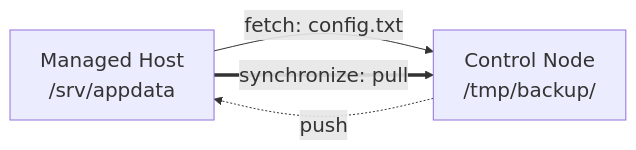
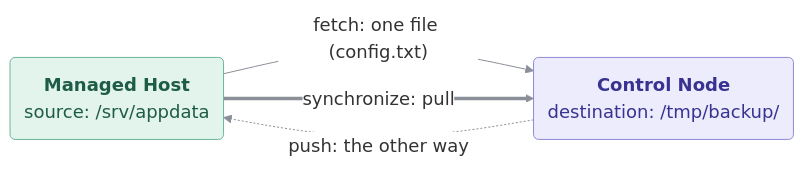
Before and after one commit to csurgay/ansible: the diagram in lessons/14_LinuxAdminLabs/07-backup/README.md, drawn with Mermaid. The commit also changed 8 other files, not shown here.

````diff
--- a/lessons/14_LinuxAdminLabs/07-backup/README.md
+++ b/lessons/14_LinuxAdminLabs/07-backup/README.md
@@ -11,9 +11,16 @@
 ```mermaid
-%%{init: {"themeVariables": {"fontSize": "20px"}}}%%
+%%{init: {"theme": "base", "themeVariables": {"fontSize": "18px", "lineColor": "#8a8f98", "edgeLabelBackground": "#ffffff", "clusterBkg": "#fafafa", "clusterBorder": "#d0d4da"}, "flowchart": {"wrappingWidth": 480, "curve": "basis", "padding": 14, "rankSpacing": 110}}}%%
 flowchart LR
-    MH["Managed Host<br>/srv/appdata"]
-    CN["Control Node<br>/tmp/backup/"]
-    MH -->|"fetch: config.txt"| CN
+    MH("<b>Managed Host</b><br>source: /srv/appdata")
+    CN("<b>Control Node</b><br>destination: /tmp/backup/")
+    MH -->|"fetch: one file (config.txt)"| CN
     MH ==>|"synchronize: pull"| CN
-    CN -.->|"push"| MH
+    CN -.->|"push: the other way"| MH
+    classDef sand fill:#f3efe7,stroke:#b9b09f,color:#3e3a33
+    classDef mint fill:#e2f4ec,stroke:#6db59a,color:#1f5c48
+    classDef lilac fill:#edecfc,stroke:#8f89d9,color:#383291
+    classDef rose fill:#fbeae6,stroke:#d99b8c,color:#7a2f20
+    classDef leaf fill:#e9f4e1,stroke:#8cb975,color:#2e5a1c
+    class MH mint
+    class CN lilac
 ```
````
